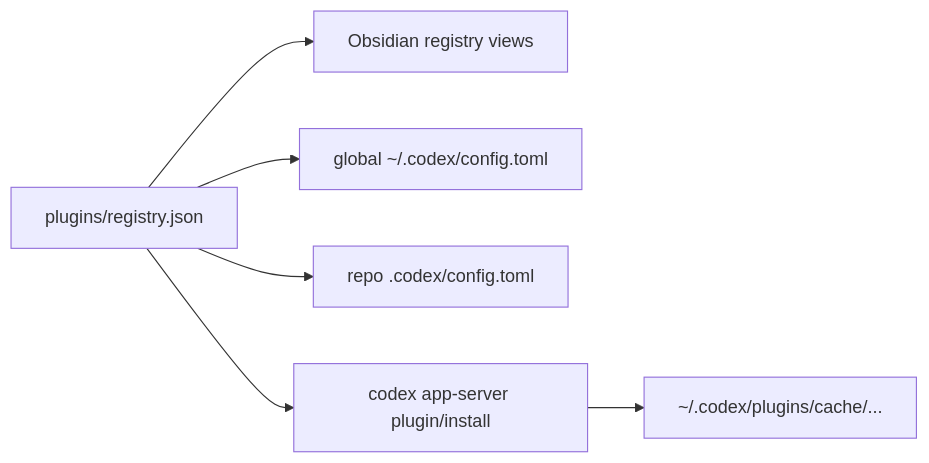
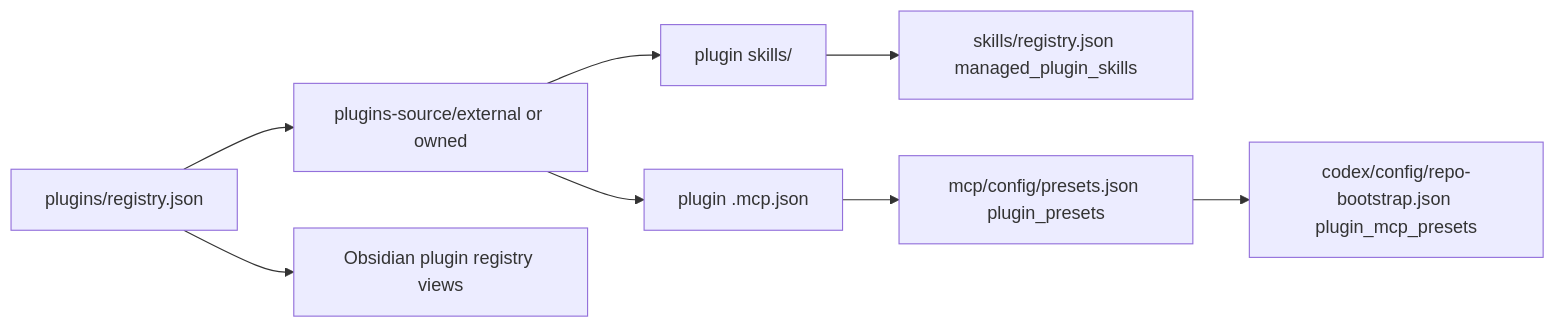
One commit to wisdom-in-a-nutshell/.agents changed the diagram in docs/references/plugins-registry.md. Above: the diagram before and after it, drawn with Mermaid. The commit also changed other lines of this file and 82 other files, not shown here.

````diff
--- a/docs/references/plugins-registry.md
+++ b/docs/references/plugins-registry.md
@@ -15,8 +17,10 @@
 ```mermaid
 flowchart LR
-    A[plugins/registry.json] --> B[Obsidian registry views]
-    A --> C[global ~/.codex/config.toml]
-    A --> D[repo .codex/config.toml]
-    A --> E[codex app-server plugin/install]
-    E --> F[~/.codex/plugins/cache/...]
+    A[plugins/registry.json] --> B[plugins-source/external or owned]
+    A --> C[Obsidian plugin registry views]
+    B --> D[plugin skills/]
+    B --> E[plugin .mcp.json]
+    D --> F[skills/registry.json managed_plugin_skills]
+    E --> G[mcp/config/presets.json plugin_presets]
+    G --> H[codex/config/repo-bootstrap.json plugin_mcp_presets]
 ```
````
